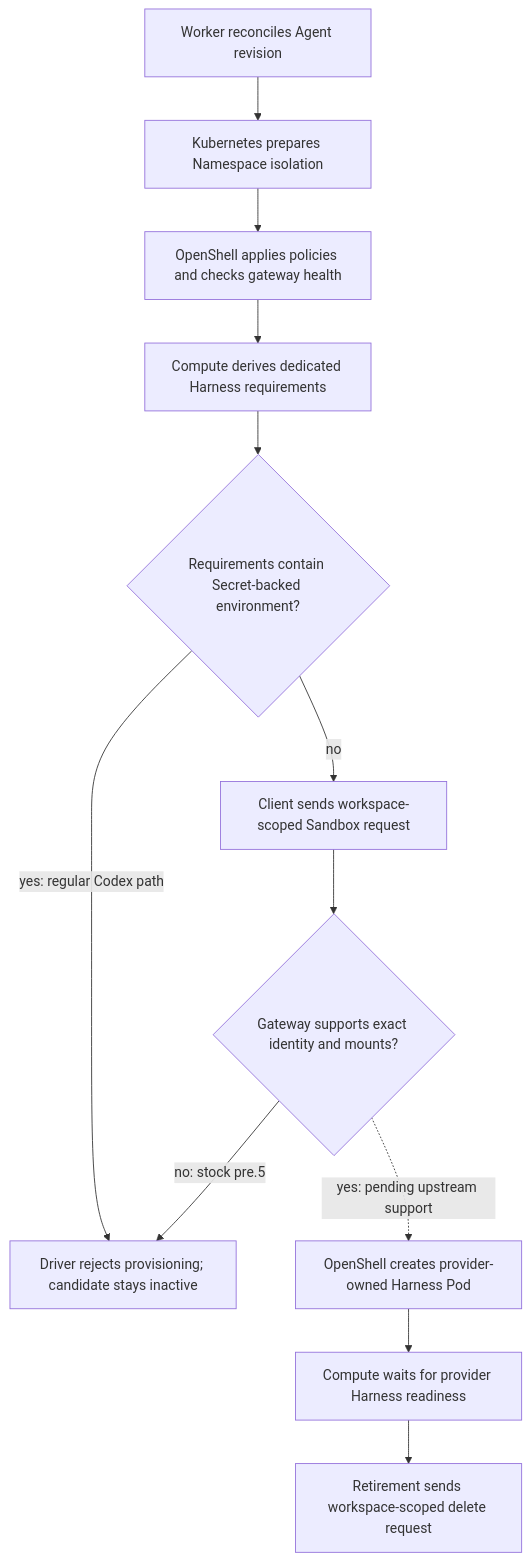
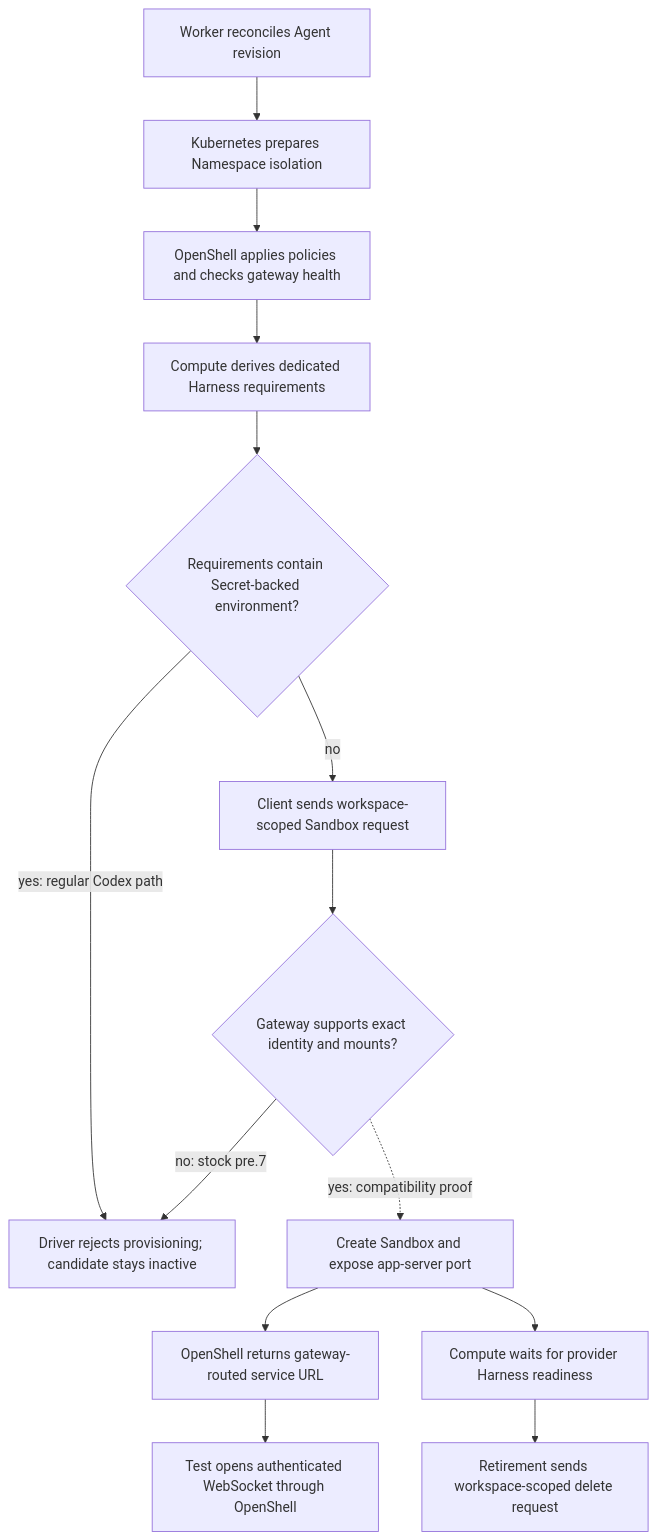
One commit to SebTardif/openclaw-enterprise changed the diagram in docs/flows/openshell-sandbox-provisioning.md. Above: the diagram before and after it, drawn with Mermaid. The commit also changed other lines of this file and 16 other files, not shown here.

Commit message:
feat(openshell): expose harness service during create

````diff
--- a/docs/flows/openshell-sandbox-provisioning.md
+++ b/docs/flows/openshell-sandbox-provisioning.md
@@ -30,14 +30,16 @@
 ```mermaid
 graph TD
   A["Worker reconciles Agent revision"] --> B["Kubernetes prepares Namespace isolation"]
   B --> C["OpenShell applies policies and checks gateway health"]
   C --> D["Compute derives dedicated Harness requirements"]
   D --> E{"Requirements contain Secret-backed environment?"}
   E -- "yes: regular Codex path" --> F["Driver rejects provisioning; candidate stays inactive"]
   E -- "no" --> G["Client sends workspace-scoped Sandbox request"]
   G --> K{"Gateway supports exact identity and mounts?"}
-  K -- "no: stock pre.5" --> F
-  K -. "yes: pending upstream support" .-> H["OpenShell creates provider-owned Harness Pod"]
+  K -- "no: stock pre.7" --> F
+  K -. "yes: compatibility proof" .-> H["Create Sandbox and expose app-server port"]
+  H --> L["OpenShell returns gateway-routed service URL"]
+  L --> M["Test opens authenticated WebSocket through OpenShell"]
   H --> I["Compute waits for provider Harness readiness"]
   I --> J["Retirement sends workspace-scoped delete request"]
 ```
````
